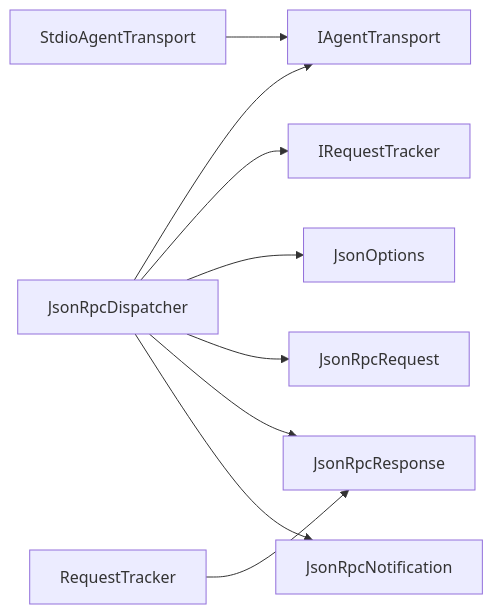
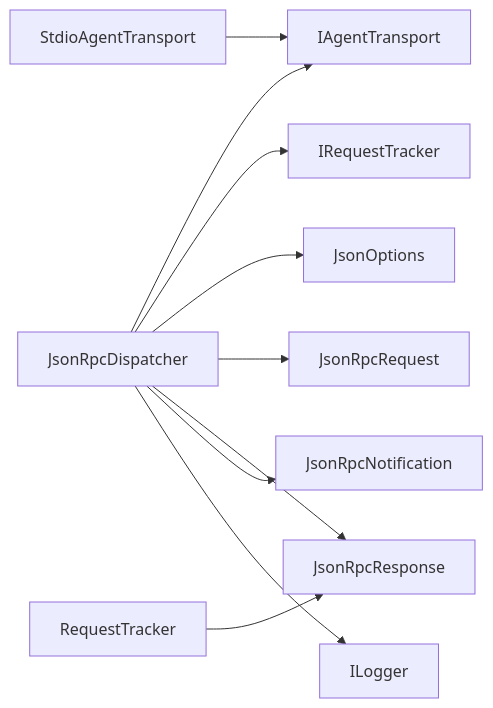
One commit to AgenticDesktop/ACPLibrary changed the seventh of 7 diagrams in .qoder/repowiki/en/content/Protocol Handling.md. Above: the diagram before and after it, drawn with Mermaid. The commit also changed other lines of this file and 59 other files, not shown here.

````diff
--- a/.qoder/repowiki/en/content/Protocol Handling.md
+++ b/.qoder/repowiki/en/content/Protocol Handling.md
@@ -391,11 +434,12 @@
 ```mermaid
 graph LR
 JsonRpcDispatcher --> IAgentTransport
 JsonRpcDispatcher --> IRequestTracker
 JsonRpcDispatcher --> JsonOptions
 JsonRpcDispatcher --> JsonRpcRequest
 JsonRpcDispatcher --> JsonRpcResponse
 JsonRpcDispatcher --> JsonRpcNotification
+JsonRpcDispatcher --> ILogger
 RequestTracker --> JsonRpcResponse
 StdioAgentTransport --> IAgentTransport
 ```
````
